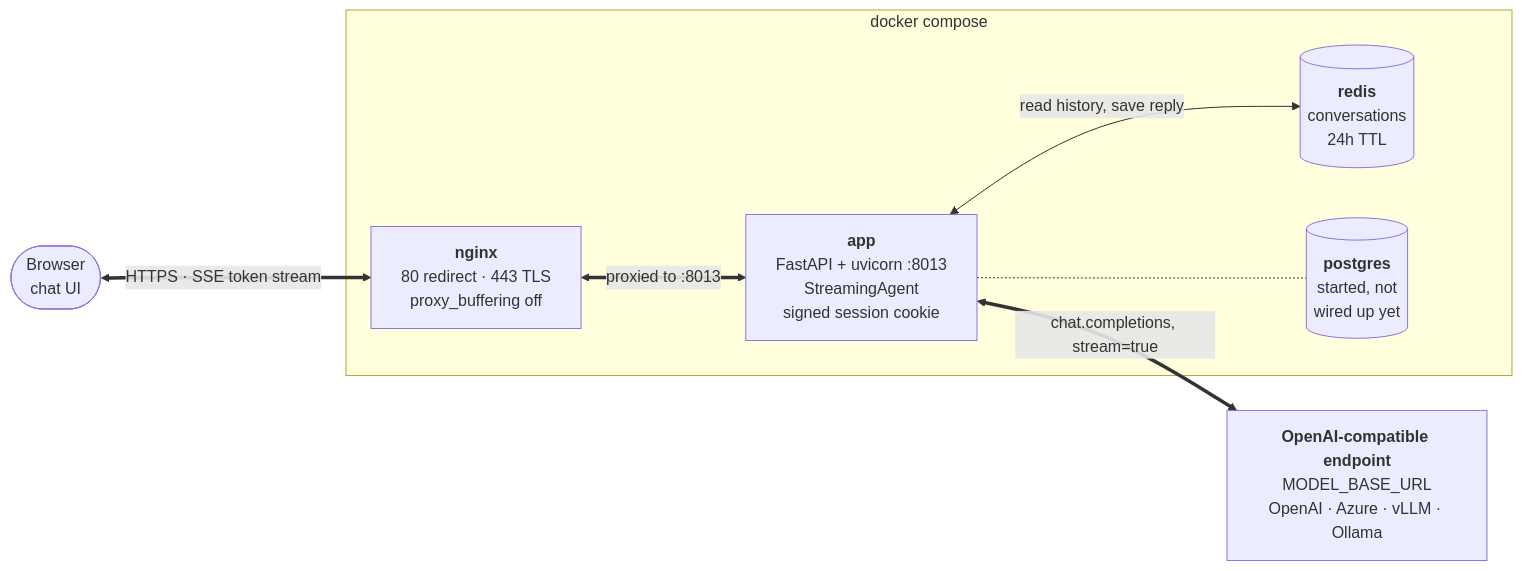
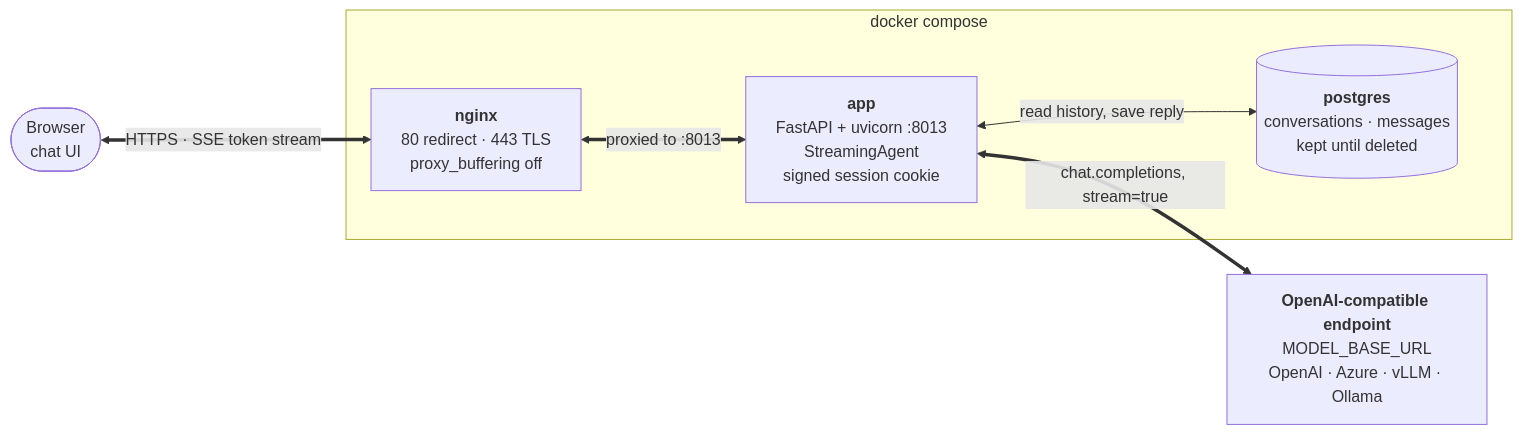
Before and after one commit to MrLaki5/Chatbot-template: the diagram in README.md, drawn with Mermaid. The commit also changed other lines of this file and 14 other files, not shown here.

````diff
--- a/README.md
+++ b/README.md
@@ -21,19 +21,17 @@
 ```mermaid
 flowchart LR
     browser(["Browser<br/>chat UI"])
 
     subgraph stack["docker compose"]
         nginx["<b>nginx</b><br/>80 redirect · 443 TLS<br/>proxy_buffering off"]
         app["<b>app</b><br/>FastAPI + uvicorn :8013<br/>StreamingAgent<br/>signed session cookie"]
-        redis[("<b>redis</b><br/>conversations<br/>24h TTL")]
-        db[("<b>postgres</b><br/>started, not<br/>wired up yet")]
+        db[("<b>postgres</b><br/>conversations · messages<br/>kept until deleted")]
     end
 
     model["<b>OpenAI-compatible endpoint</b><br/>MODEL_BASE_URL<br/>OpenAI · Azure · vLLM · Ollama"]
 
     browser <==>|"HTTPS · SSE token stream"| nginx
     nginx <==>|"proxied to :8013"| app
     app <==>|"chat.completions, stream=true"| model
-    app <-->|"read history, save reply"| redis
-    app -.- db
+    app <-->|"read history, save reply"| db
 ```
````
